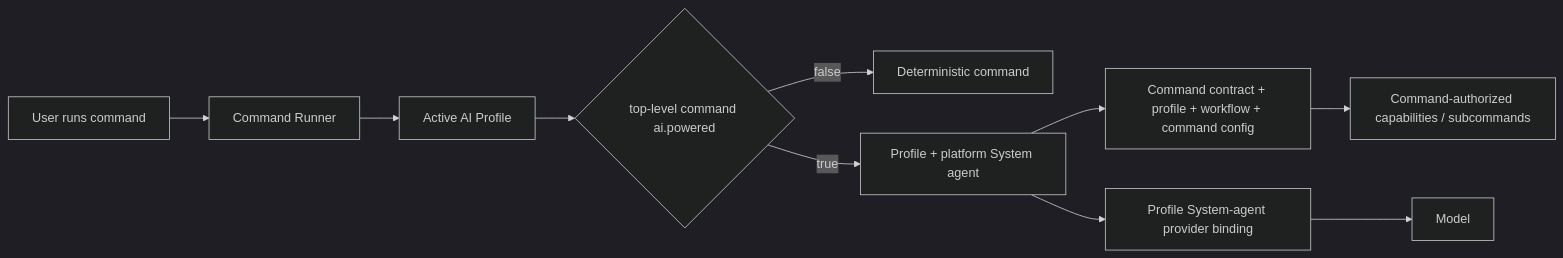
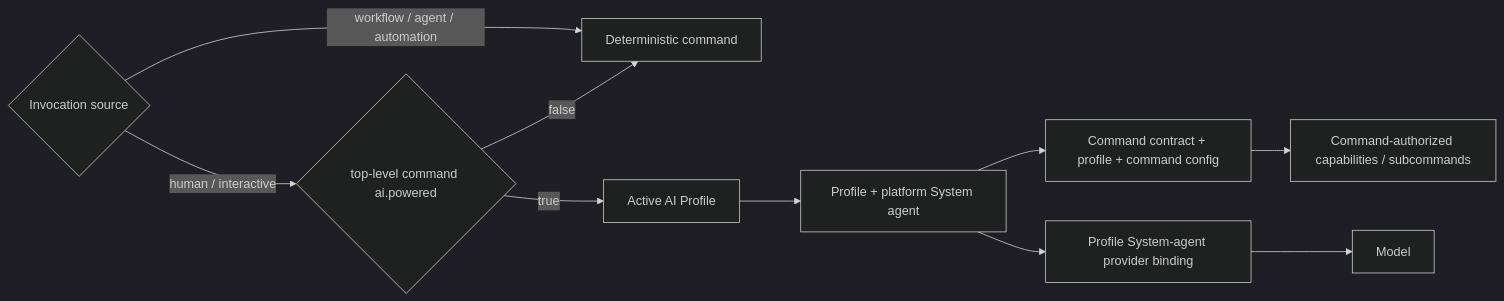
One commit to starodubtsevconsulting/ai-fleas changed the diagram in ai-commands/commands.md. Above: the diagram before and after it, drawn with Mermaid (dark theme). The commit also changed other lines of this file, not shown here.

Commit message:
Limit AI-powered commands to manual interactive invocation

````diff
--- a/ai-commands/commands.md
+++ b/ai-commands/commands.md
@@ -49,12 +54,13 @@
 ```mermaid
 flowchart LR
-  User["User runs command"] --> Runner["Command Runner"]
-  Runner --> Profile["Active AI Profile"]
-  Profile --> Mode{"top-level command ai.powered"}
-  Mode -->|false| Exec["Deterministic command"]
-  Mode -->|true| System["Profile + platform System agent"]
-  System --> Context["Command contract + profile + workflow + command config"]
+  Caller{"Invocation source"}
+  Caller -->|human / interactive| Mode{"top-level command ai.powered"}
+  Caller -->|workflow / agent / automation| Exec["Deterministic command"]
+  Mode -->|false| Exec
+  Mode -->|true| Profile["Active AI Profile"]
+  Profile --> System["Profile + platform System agent"]
+  System --> Context["Command contract + profile + command config"]
   Context --> Capability["Command-authorized capabilities / subcommands"]
   System --> Provider["Profile System-agent provider binding"]
   Provider --> Model["Model"]
 ```
````
